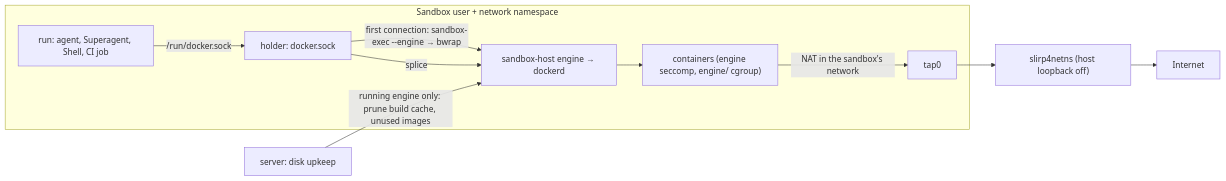
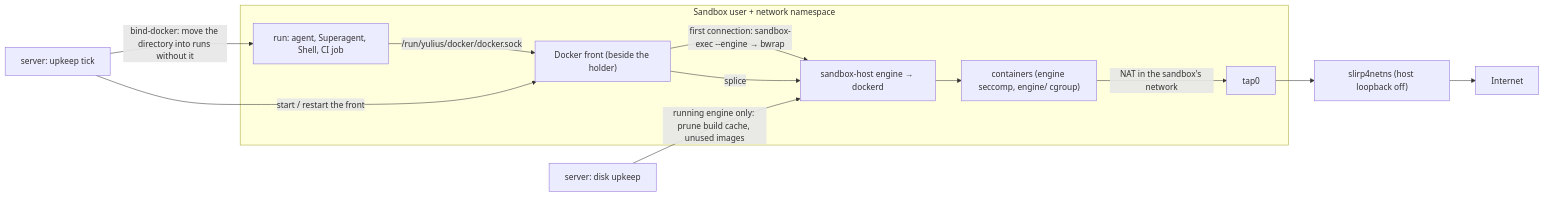
The fourth of 41 diagrams in docs/architecture.md (Quartio-Studio/yulius), drawn with Mermaid before and after one commit. The commit also changed other lines of this file and 35 other files, not shown here.

First line of the commit message:
feat(sandbox): docker just works in every sandbox and session: no restart, no reload, verified on t… (#602)

````diff
--- a/docs/architecture.md
+++ b/docs/architecture.md
@@ -107,12 +117,14 @@
 ```mermaid
 flowchart LR
   subgraph NS["Sandbox user + network namespace"]
-    R["run: agent, Superagent, Shell, CI job"] -->|"/run/docker.sock"| H["holder: docker.sock"]
+    R["run: agent, Superagent, Shell, CI job"] -->|"/run/yulius/docker/docker.sock"| H["Docker front (beside the holder)"]
     H -->|"first connection: sandbox-exec --engine → bwrap"| E["sandbox-host engine → dockerd"]
     H -->|"splice"| E
     E --> C["containers (engine seccomp, engine/ cgroup)"]
     C -->|"NAT in the sandbox's network"| T["tap0"]
   end
   T --> S["slirp4netns (host loopback off)"] --> I["Internet"]
   M["server: disk upkeep"] -->|"running engine only: prune build cache, unused images"| E
+  K["server: upkeep tick"] -->|"start / restart the front"| H
+  K -->|"bind-docker: move the directory into runs without it"| R
 ```
````
